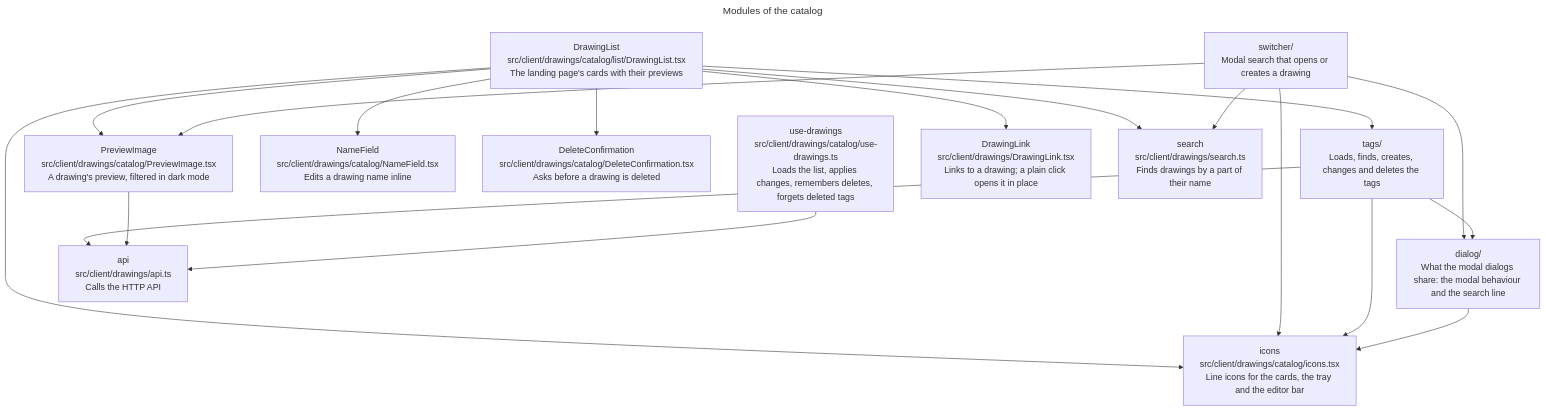
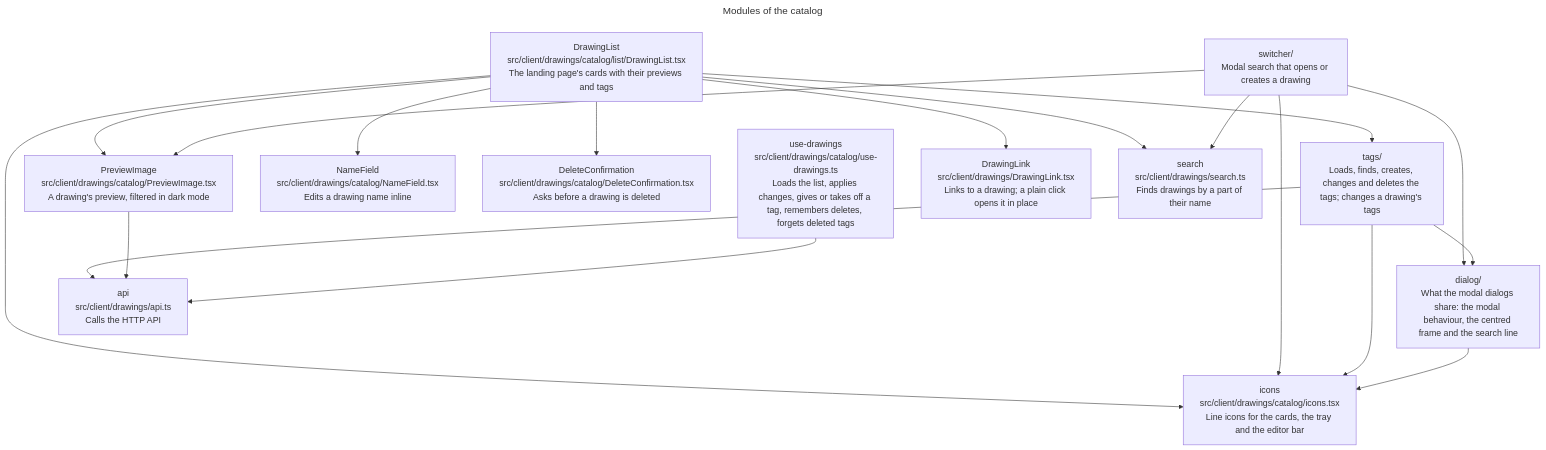
Before and after one commit to remshams/excalidraw-dashboard: the seventh of 11 diagrams in docs/architecture/architecture.md, drawn with Mermaid. The commit also changed other lines of this file and 1 other file, not shown here.

Commit message:
docs(Architecture): describe a card's tags and the dialog that changes them

````diff
--- a/docs/architecture/architecture.md
+++ b/docs/architecture/architecture.md
@@ -214,24 +214,24 @@
 ```mermaid
 ---
 title: Modules of the catalog
 ---
 flowchart TD
-    list["DrawingList<br>src/client/drawings/catalog/list/DrawingList.tsx<br>The landing page's cards with their previews"]:::module
+    list["DrawingList<br>src/client/drawings/catalog/list/DrawingList.tsx<br>The landing page's cards with their previews and tags"]:::module
     switcher["switcher/<br>Modal search that opens or creates a drawing"]:::group
-    tags["tags/<br>Loads, finds, creates, changes and deletes the tags"]:::group
+    tags["tags/<br>Loads, finds, creates, changes and deletes the tags; changes a drawing's tags"]:::group
     previewImage["PreviewImage<br>src/client/drawings/catalog/PreviewImage.tsx<br>A drawing's preview, filtered in dark mode"]:::module
     name["NameField<br>src/client/drawings/catalog/NameField.tsx<br>Edits a drawing name inline"]:::module
     confirm["DeleteConfirmation<br>src/client/drawings/catalog/DeleteConfirmation.tsx<br>Asks before a drawing is deleted"]:::module
     icons["icons<br>src/client/drawings/catalog/icons.tsx<br>Line icons for the cards, the tray and the editor bar"]:::module
-    drawings["use-drawings<br>src/client/drawings/catalog/use-drawings.ts<br>Loads the list, applies changes, remembers deletes, forgets deleted tags"]:::module
-    dialog["dialog/<br>What the modal dialogs share: the modal behaviour and the search line"]:::group
+    drawings["use-drawings<br>src/client/drawings/catalog/use-drawings.ts<br>Loads the list, applies changes, gives or takes off a tag, remembers deletes, forgets deleted tags"]:::module
+    dialog["dialog/<br>What the modal dialogs share: the modal behaviour, the centred frame and the search line"]:::group
     link["DrawingLink<br>src/client/drawings/DrawingLink.tsx<br>Links to a drawing; a plain click opens it in place"]:::module
     api["api<br>src/client/drawings/api.ts<br>Calls the HTTP API"]:::module
     search["search<br>src/client/drawings/search.ts<br>Finds drawings by a part of their name"]:::module
     list --> name & confirm & icons & link & previewImage & search & tags
     switcher --> icons & dialog & previewImage & search
     tags --> icons & dialog & api
     dialog --> icons
     previewImage --> api
     drawings --> api
 ```
````
